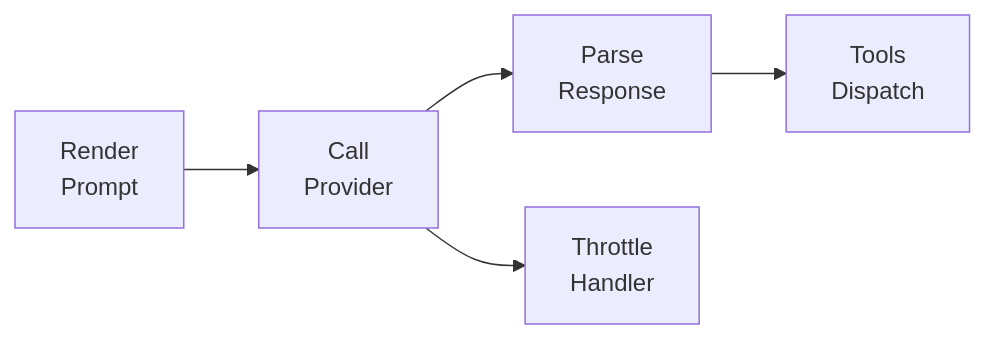
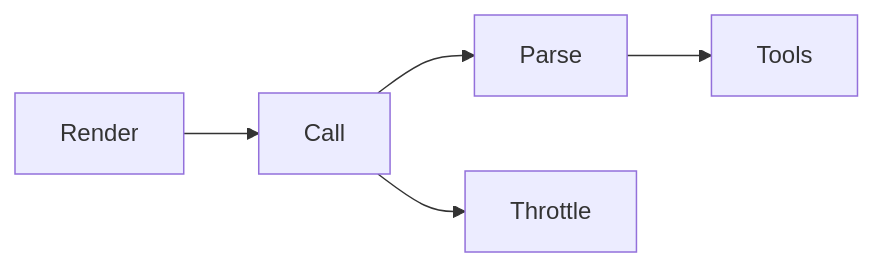
The first of 2 diagrams in specs/ADAPTERS.md (weakincentives/weakincentives), drawn with Mermaid before and after one commit. The commit also changed other lines of this file and 34 other files, not shown here.

````diff
--- a/specs/ADAPTERS.md
+++ b/specs/ADAPTERS.md
@@ -298,7 +99,5 @@
 ```mermaid
 flowchart LR
-    Render["Render<br/>Prompt"] --> Call["Call<br/>Provider"]
-    Call --> Parse["Parse<br/>Response"]
-    Call --> Throttle["Throttle<br/>Handler"]
-    Parse --> Tools["Tools<br/>Dispatch"]
+    Render --> Call --> Parse --> Tools
+    Call --> Throttle
 ```
````
